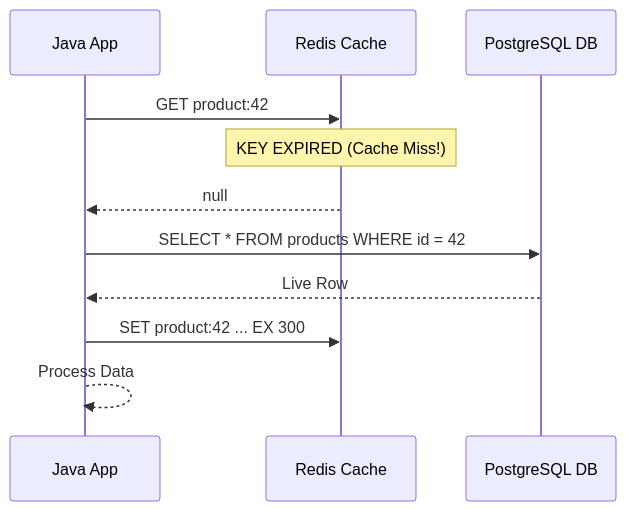
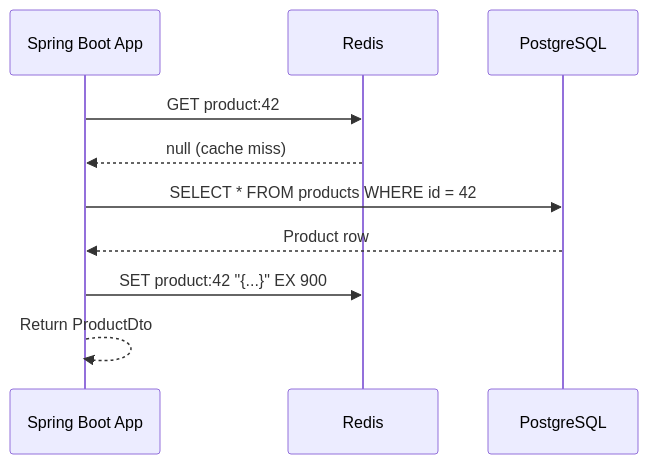
Before and after one commit to ravishankar2463/java_hub: the fourth of 4 diagrams in content/roadmap/level-7/nosql-databases.md, drawn with Mermaid. The commit also changed other lines of this file and 119 other files, not shown here.

Commit message:
feat: add comprehensive java learning roadmap content across multiple levels

````diff
--- a/content/roadmap/level-7/nosql-databases.md
+++ b/content/roadmap/level-7/nosql-databases.md
@@ -211,14 +313,13 @@
 ```mermaid
 sequenceDiagram
-    participant App as Java App
-    participant Cache as Redis Cache
-    participant DB as PostgreSQL DB
+    participant App as Spring Boot App
+    participant Cache as Redis
+    participant DB as PostgreSQL
 
     App->>Cache: GET product:42
-    Note over Cache: KEY EXPIRED (Cache Miss!)
-    Cache-->>App: null
+    Cache-->>App: null (cache miss)
     App->>DB: SELECT * FROM products WHERE id = 42
-    DB-->>App: Live Row
-    App->>Cache: SET product:42 ... EX 300
-    App-->>App: Process Data
+    DB-->>App: Product row
+    App->>Cache: SET product:42 "{...}" EX 900
+    App-->>App: Return ProductDto
 ```
````
